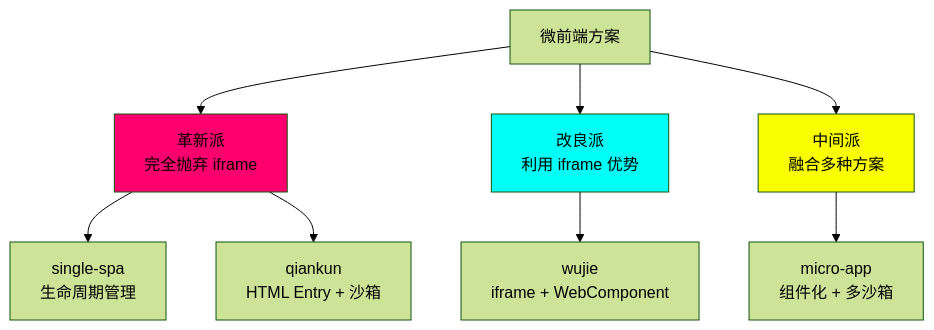
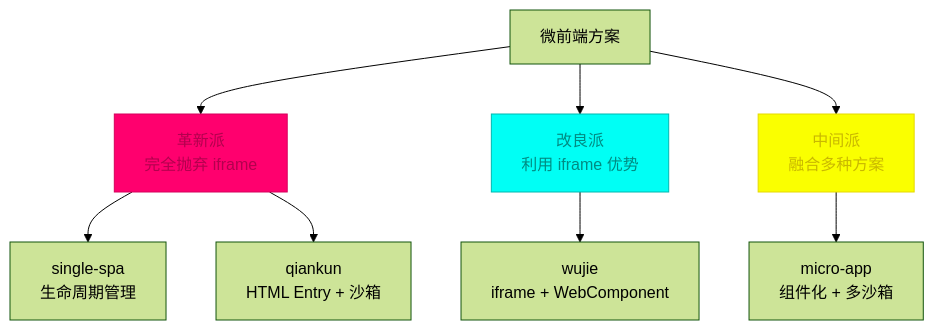
The second of 6 diagrams in _posts/2019-11-15-micro-frontend.md (FreezeSoul/freezesoul.github.com), drawn with Mermaid (forest theme) before and after one commit. The commit also changed other lines of this file and 9 other files, not shown here.

Commit message:
修正mermaid配色与要求

````diff
--- a/_posts/2019-11-15-micro-frontend.md
+++ b/_posts/2019-11-15-micro-frontend.md
@@ -175,17 +175,17 @@
 ```mermaid
 graph TD
     A[微前端方案] --> B[革新派<br/>完全抛弃 iframe]
     A --> C[改良派<br/>利用 iframe 优势]
     A --> D[中间派<br/>融合多种方案]
 
     B --> B1[single-spa<br/>生命周期管理]
     B --> B2[qiankun<br/>HTML Entry + 沙箱]
 
     C --> C1[wujie<br/>iframe + WebComponent]
 
     D --> D1[micro-app<br/>组件化 + 多沙箱]
 
-    style B fill:#ff006e
-    style C fill:#00fff5
-    style D fill:#faff00
+    style B fill:#ff006e,stroke:#d6005c,color:#b3004e
+    style C fill:#00fff5,stroke:#00b8b0,color:#008b82
+    style D fill:#faff00,stroke:#e6d900,color:#c9b800
 ```
````
